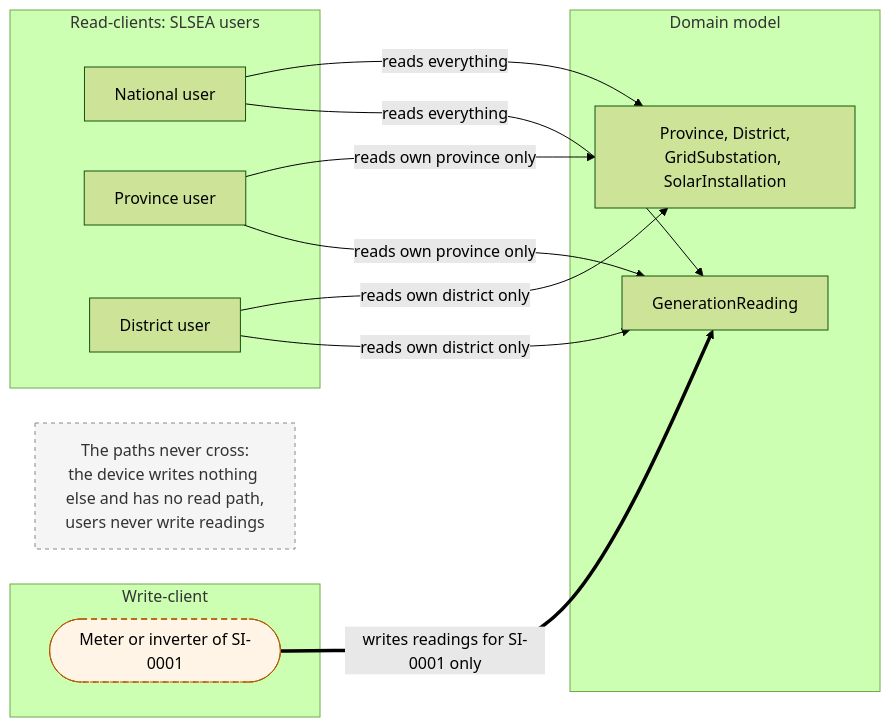
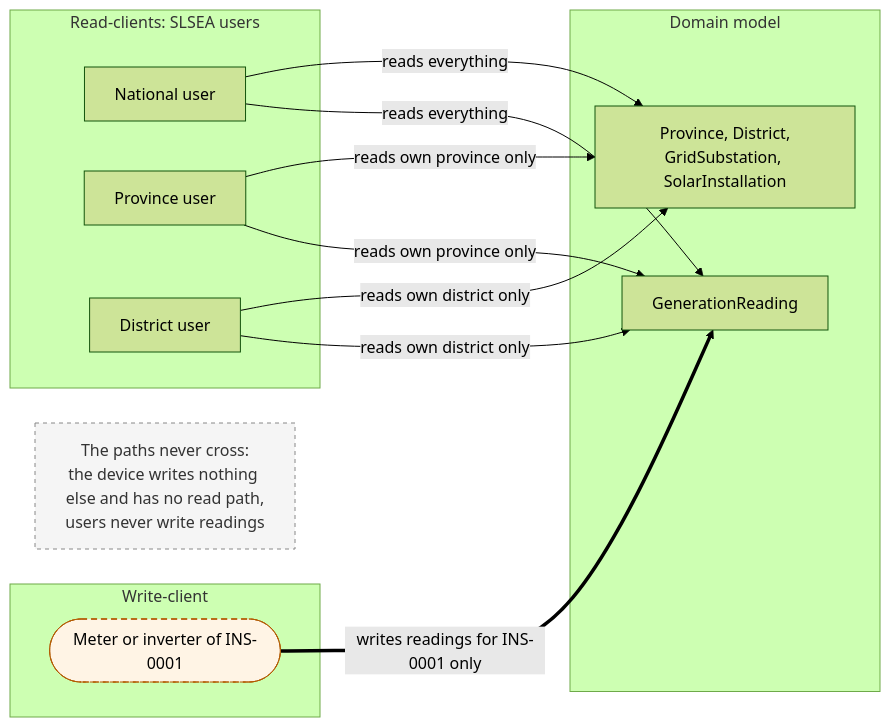
The fourth of 4 diagrams in docs/design/data-model.md (Grandeur77/Solar_Generation_Data_Manager), drawn with Mermaid (forest theme) before and after one commit. The commit also changed other lines of this file, not shown here.

````diff
--- a/docs/design/data-model.md
+++ b/docs/design/data-model.md
@@ -252,33 +252,33 @@
 ```mermaid
 flowchart LR
     subgraph WRITE["Write-client"]
-        M(["Meter or inverter of SI-0001"])
+        M(["Meter or inverter of INS-0001"])
     end
 
     subgraph MODEL["Domain model"]
         H["Province, District,<br/>GridSubstation, SolarInstallation"]
         R["GenerationReading"]
     end
 
     subgraph READ["Read-clients: SLSEA users"]
         UN["National user"]
         UP["Province user"]
         UD["District user"]
     end
 
-    M ==>|"writes readings for SI-0001 only"| R
+    M ==>|"writes readings for INS-0001 only"| R
 
     UN -->|"reads everything"| H
     UN -->|"reads everything"| R
     UP -->|"reads own province only"| H
     UP -->|"reads own province only"| R
     UD -->|"reads own district only"| H
     UD -->|"reads own district only"| R
 
     X["The paths never cross:<br/>the device writes nothing else and has no read path,<br/>users never write readings"]
 
     classDef actor fill:#fff4e5,stroke:#b35900,stroke-dasharray:6 4,color:#000000
     classDef note fill:#f5f5f5,stroke:#888888,stroke-dasharray:4 4,color:#333333
     class M actor
     class X note
 ```
````
